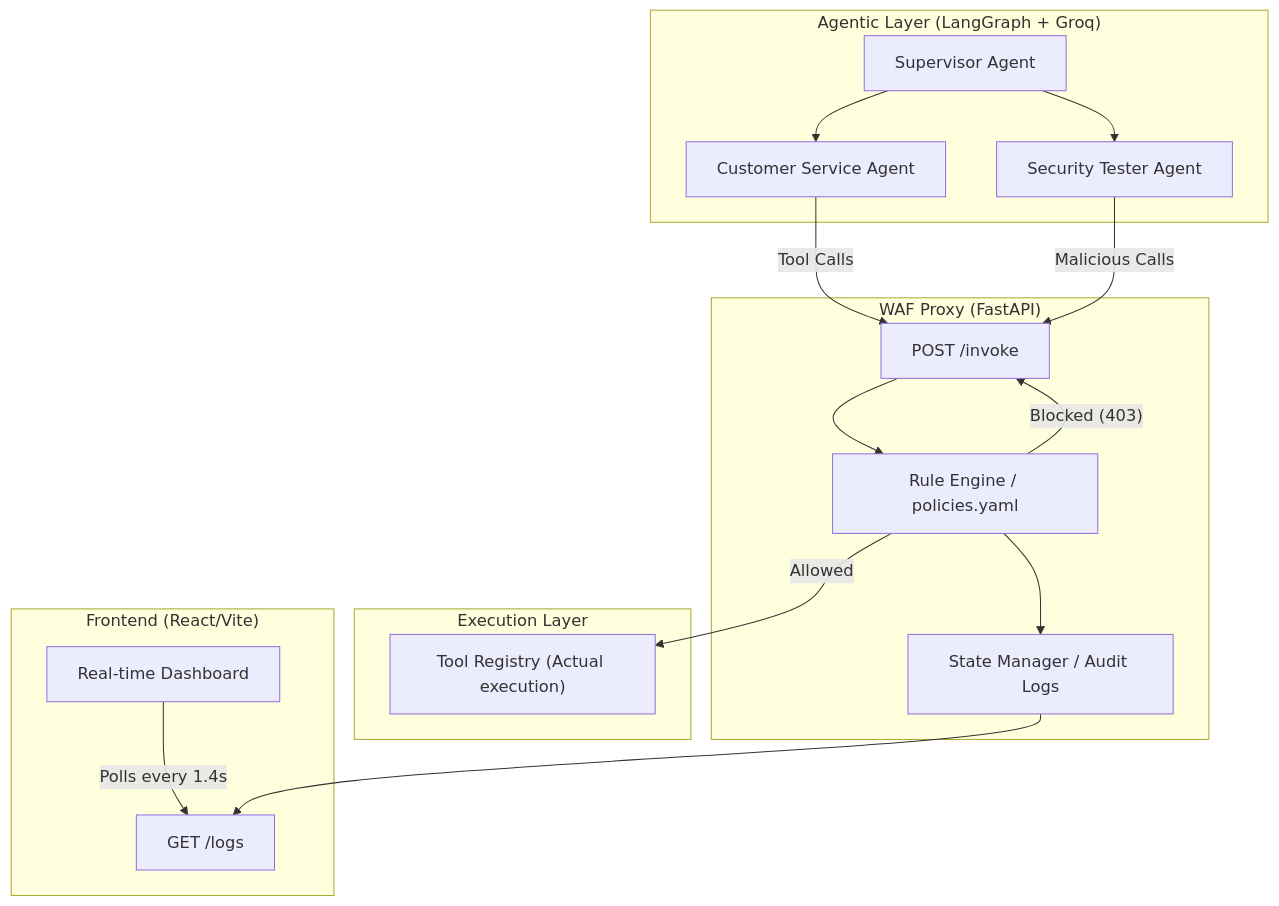
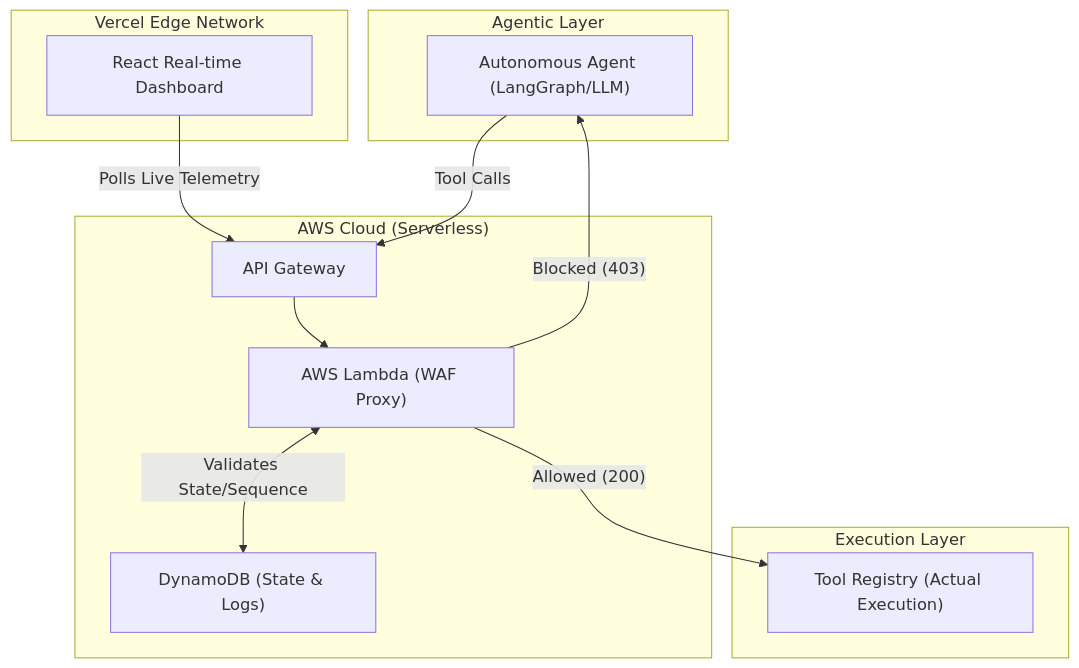
The diagram in README.md (Pradeesh1108/agent-waf), drawn with Mermaid before and after one commit. The commit also changed other lines of this file, not shown here.

````diff
--- a/README.md
+++ b/README.md
@@ -73,39 +59,30 @@
 ```mermaid
 graph TD
-    subgraph "Agentic Layer (LangGraph + Groq)"
-        Supervisor["Supervisor Agent"]
-        CSAgent["Customer Service Agent"]
-        STAgent["Security Tester Agent"]
-        
-        Supervisor --> CSAgent
-        Supervisor --> STAgent
+    subgraph "Agentic Layer"
+        Agent["Autonomous Agent (LangGraph/LLM)"]
     end
 
-    subgraph "WAF Proxy (FastAPI)"
-        Proxy["POST /invoke"]
-        RuleEngine["Rule Engine / policies.yaml"]
-        State["State Manager / Audit Logs"]
+    subgraph "AWS Cloud (Serverless)"
+        Gateway["API Gateway"]
+        Lambda["AWS Lambda (WAF Proxy)"]
+        Dynamo["DynamoDB (State & Logs)"]
         
-        Proxy --> RuleEngine
-        RuleEngine --> State
+        Gateway --> Lambda
+        Lambda <--> |Validates State/Sequence| Dynamo
     end
 
     subgraph "Execution Layer"
-        Tools["Tool Registry (Actual execution)"]
+        Tools["Tool Registry (Actual Execution)"]
     end
     
-    subgraph "Frontend (React/Vite)"
-        Dashboard["Real-time Dashboard"]
-        LogsAPI["GET /logs"]
+    subgraph "Vercel Edge Network"
+        Dashboard["React Real-time Dashboard"]
         
-        Dashboard -- "Polls every 1.4s" --> LogsAPI
+        Dashboard -- "Polls Live Telemetry" --> Gateway
     end
 
-    CSAgent -- "Tool Calls" --> Proxy
-    STAgent -- "Malicious Calls" --> Proxy
+    Agent -- "Tool Calls" --> Gateway
     
-    RuleEngine -- "Allowed" --> Tools
-    RuleEngine -- "Blocked (403)" --> Proxy
-    
-    State --> LogsAPI
+    Lambda -- "Allowed (200)" --> Tools
+    Lambda -- "Blocked (403)" --> Agent
 ```
````
